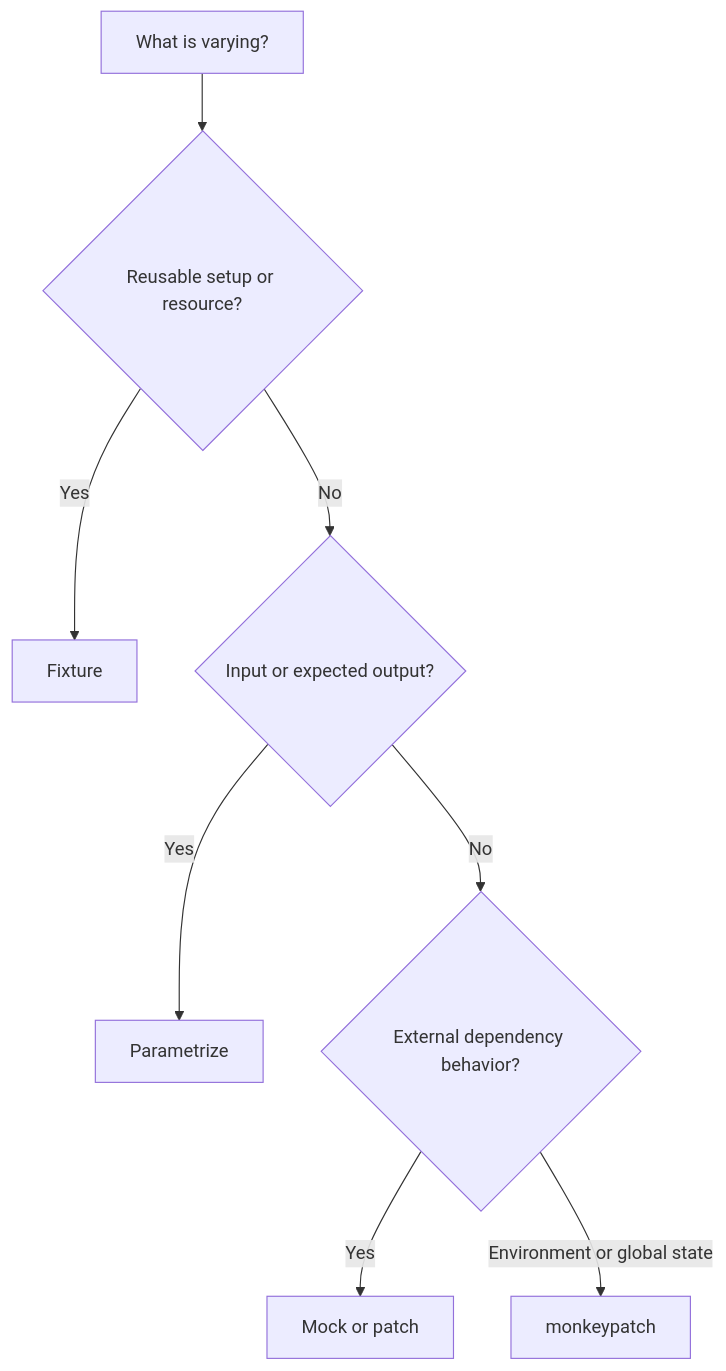
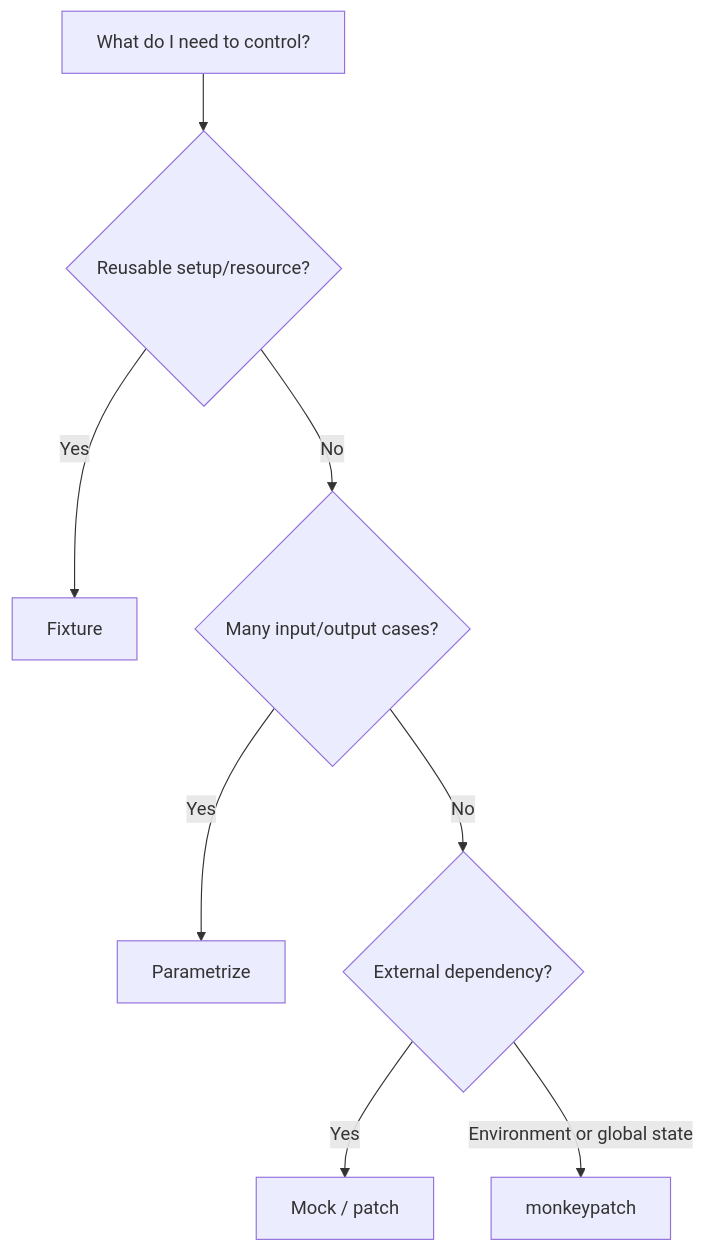
Before and after one commit to AvadhBhalodiya/Interview-Preparation: the first of 7 diagrams in src/content/testing/pytest-fixtures-parametrize-mock.md, drawn with Mermaid. The commit also changed other lines of this file and 54 other files, not shown here.

````diff
--- a/src/content/testing/pytest-fixtures-parametrize-mock.md
+++ b/src/content/testing/pytest-fixtures-parametrize-mock.md
@@ -23,10 +22,10 @@
 ```mermaid
 flowchart TD
-    A[What is varying?] --> B{Reusable setup or resource?}
+    A[What do I need to control?] --> B{Reusable setup/resource?}
     B -- Yes --> C[Fixture]
-    B -- No --> D{Input or expected output?}
+    B -- No --> D{Many input/output cases?}
     D -- Yes --> E[Parametrize]
-    D -- No --> F{External dependency behavior?}
-    F -- Yes --> G[Mock or patch]
+    D -- No --> F{External dependency?}
+    F -- Yes --> G[Mock / patch]
     F -- Environment or global state --> H[monkeypatch]
 ```
````
